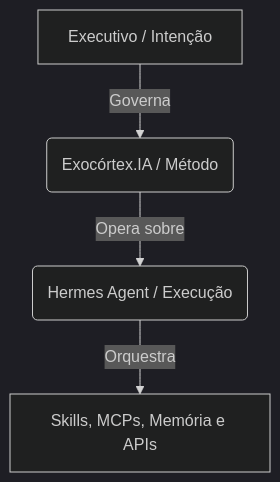
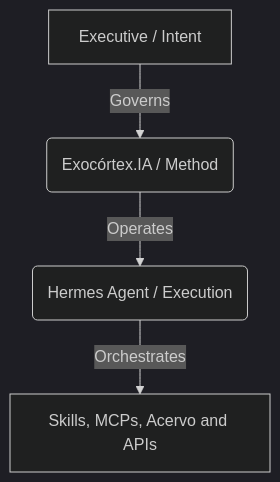
One commit to elderbernardi/exocortex.saas changed the first of 2 diagrams in README.md. Above: the diagram before and after it, drawn with Mermaid (dark theme). The commit also changed other lines of this file and 66 other files, not shown here.

````diff
--- a/README.md
+++ b/README.md
@@ -13,6 +13,6 @@
 ```mermaid
 graph TD
-    A[Executivo / Intenção] -->|Governa| B(Exocórtex.IA / Método)
-    B -->|Opera sobre| C(Hermes Agent / Execução)
-    C -->|Orquestra| D[Skills, MCPs, Memória e APIs]
+    A[Executive / Intent] -->|Governs| B(Exocórtex.IA / Method)
+    B -->|Operates| C(Hermes Agent / Execution)
+    C -->|Orchestrates| D[Skills, MCPs, Acervo and APIs]
 ```
````
